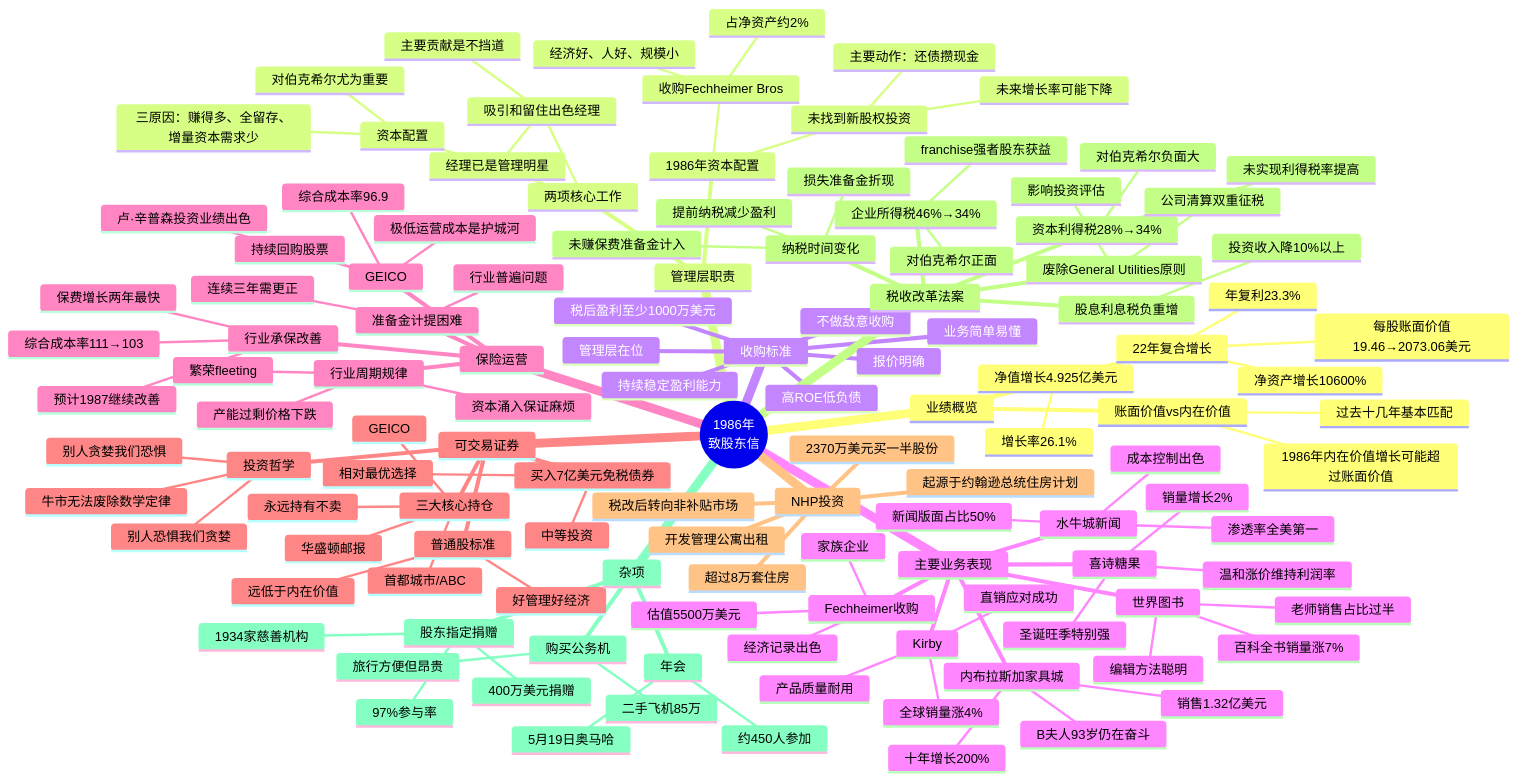
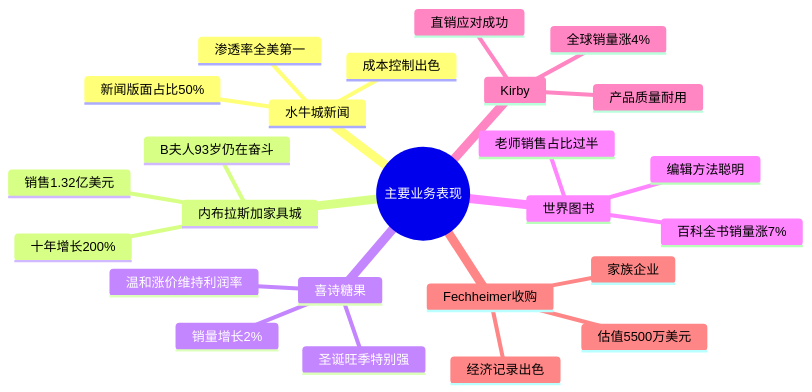
The fifth of 10 diagrams in docs/01_letters/1986年/思维导图.md (carllhm/buffett-knowledge-base), drawn with Mermaid before and after one commit. The commit also changed other lines of this file and 719 other files, not shown here.

Commit message:
思维导图重构：两级结构，总览+折叠子导图

````diff
--- a/docs/01_letters/1986年/思维导图.md
+++ b/docs/01_letters/1986年/思维导图.md
@@ -3,128 +126,28 @@
 ```mermaid
 mindmap
-  root((1986年<br/>致股东信))
-    业绩概览
-      净值增长4.925亿美元
-        增长率26.1%
-      22年复合增长
-        每股账面价值19.46→2073.06美元
-        年复利23.3%
-        净资产增长10600%
-      账面价值vs内在价值
-        过去十几年基本匹配
-        1986年内在价值增长可能超过账面价值
-    管理层职责
-      两项核心工作
-        吸引和留住出色经理
-          经理已是管理明星
-          主要贡献是不挡道
-        资本配置
-          对伯克希尔尤为重要
-          三原因：赚得多、全留存、增量资本需求少
-      1986年资本配置
-        收购Fechheimer Bros
-          占净资产约2%
-          经济好、人好、规模小
-        未找到新股权投资
-          主要动作：还债攒现金
-          未来增长率可能下降
-    收购标准
-      税后盈利至少1000万美元
-      持续稳定盈利能力
-      高ROE低负债
-      管理层在位
-      业务简单易懂
-      报价明确
-      不做敌意收购
-    主要业务表现
-      水牛城新闻
-        渗透率全美第一
-        新闻版面占比50%
-        成本控制出色
-      内布拉斯加家具城
-        销售1.32亿美元
-        十年增长200%
-        B夫人93岁仍在奋斗
-      喜诗糖果
-        销量增长2%
-        圣诞旺季特别强
-        温和涨价维持利润率
-      世界图书
-        百科全书销量涨7%
-        编辑方法聪明
-        老师销售占比过半
-      Kirby
-        全球销量涨4%
-        产品质量耐用
-        直销应对成功
-      Fechheimer收购
-        家族企业
-        经济记录出色
-        估值5500万美元
-    保险运营
-      行业承保改善
-        综合成本率111→103
-        保费增长两年最快
-        预计1987继续改善
-      行业周期规律
-        繁荣fleeting
-        产能过剩价格下跌
-        资本涌入保证麻烦
-      准备金计提困难
-        连续三年需更正
-        行业普遍问题
-      GEICO
-        综合成本率96.9
-        极低运营成本是护城河
-        持续回购股票
-        卢·辛普森投资业绩出色
-    可交易证券
-      买入7亿美元免税债券
-        中等投资
-        相对最优选择
-      普通股标准
-        好管理好经济
-        远低于内在价值
-      三大核心持仓
-        首都城市/ABC
-        GEICO
-        华盛顿邮报
-        永远持有不卖
-      投资哲学
-        别人贪婪我们恐惧
-        别人恐惧我们贪婪
-        牛市无法废除数学定律
-    NHP投资
-      2370万美元买一半股份
-      开发管理公寓出租
-      起源于约翰逊总统住房计划
-      超过8万套住房
-      税改后转向非补贴市场
-    税收改革法案
-      企业所得税46%→34%
-        对伯克希尔正面
-        franchise强者股东获益
-      资本利得税28%→34%
-        对伯克希尔负面大
-        未实现利得税率提高
-      股息利息税负重增
-        投资收入降10%以上
-      纳税时间变化
-        损失准备金折现
-        未赚保费准备金计入
-        提前纳税减少盈利
-      废除General Utilities原则
-        公司清算双重征税
-        影响投资评估
-    杂项
-      购买公务机
-        二手飞机85万
-        旅行方便但昂贵
-      股东指定捐赠
-        97%参与率
-        400万美元捐赠
-        1934家慈善机构
-      年会
-        约450人参加
-        5月19日奥马哈
+  root((主要业务表现))
+    水牛城新闻
+      渗透率全美第一
+      新闻版面占比50%
+      成本控制出色
+    内布拉斯加家具城
+      销售1.32亿美元
+      十年增长200%
+      B夫人93岁仍在奋斗
+    喜诗糖果
+      销量增长2%
+      圣诞旺季特别强
+      温和涨价维持利润率
+    世界图书
+      百科全书销量涨7%
+      编辑方法聪明
+      老师销售占比过半
+    Kirby
+      全球销量涨4%
+      产品质量耐用
+      直销应对成功
+    Fechheimer收购
+      家族企业
+      经济记录出色
+      估值5500万美元
 ```
````
